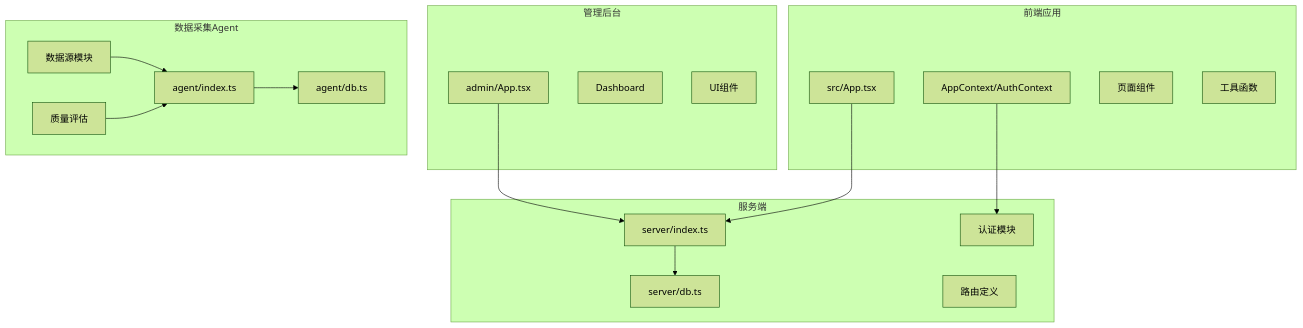
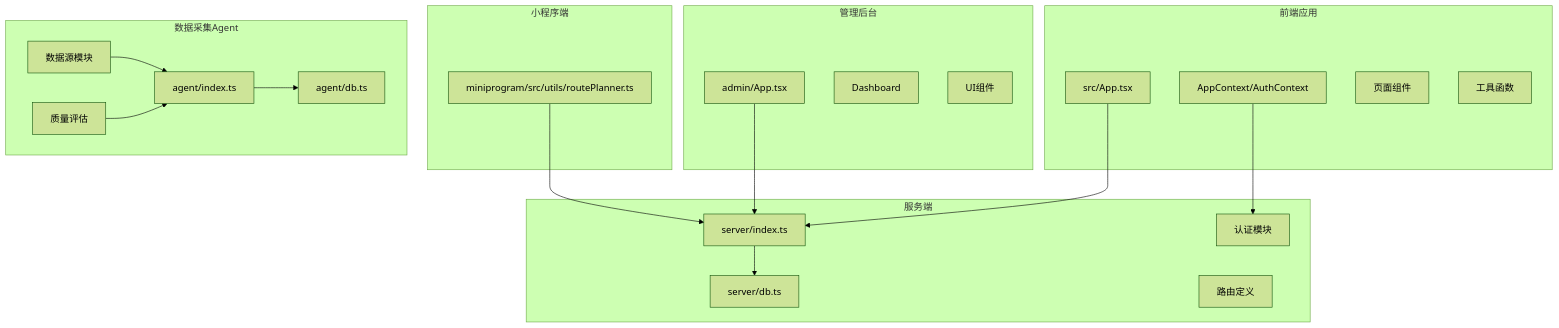
Before and after one commit to ititjjy/AITrip-plan: the first of 8 diagrams in .qoder/repowiki/zh/content/开发者指南/开发工作流程.md, drawn with Mermaid (forest theme). The commit also changed other lines of this file and 144 other files, not shown here.

````diff
--- a/.qoder/repowiki/zh/content/开发者指南/开发工作流程.md
+++ b/.qoder/repowiki/zh/content/开发者指南/开发工作流程.md
@@ -48,33 +50,37 @@
 ```mermaid
 graph TB
 subgraph "前端应用"
 FE_App["src/App.tsx"]
 FE_Context["AppContext/AuthContext"]
 FE_Pages["页面组件"]
 FE_Utils["工具函数"]
+end
+subgraph "小程序端"
+Mini_Utils["miniprogram/src/utils/routePlanner.ts"]
 end
 subgraph "管理后台"
 Admin_App["admin/App.tsx"]
 Admin_Dashboard["Dashboard"]
 Admin_Components["UI组件"]
 end
 subgraph "服务端"
 API_Server["server/index.ts"]
 API_DB["server/db.ts"]
 API_Auth["认证模块"]
 API_Routes["路由定义"]
 end
 subgraph "数据采集Agent"
 Agent_Index["agent/index.ts"]
 Agent_DB["agent/db.ts"]
 Agent_Sources["数据源模块"]
 Agent_Quality["质量评估"]
 end
 FE_App --> API_Server
 Admin_App --> API_Server
 FE_Context --> API_Auth
 API_Server --> API_DB
 Agent_Index --> Agent_DB
 Agent_Sources --> Agent_Index
 Agent_Quality --> Agent_Index
+Mini_Utils --> API_Server
 ```
````
